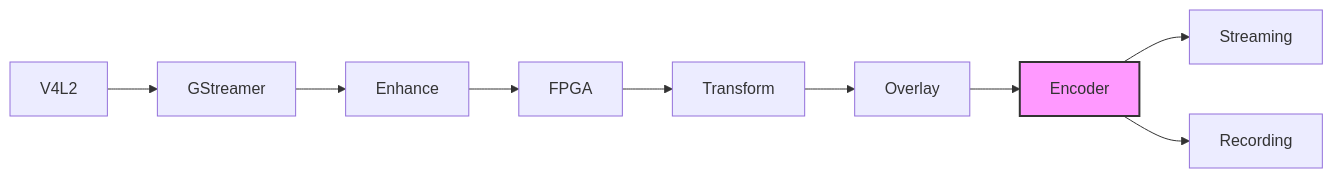
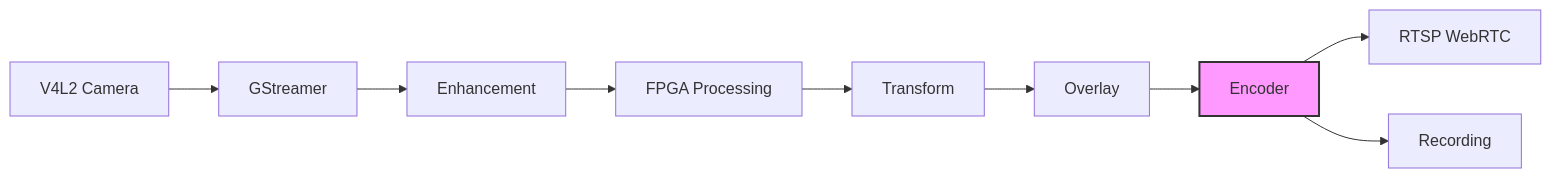
Before and after one commit to JayeshKakkad-Rotoclear/Rotoclear-C-Pro-Docs: the second of 9 diagrams in docs/architecture/overview.md, drawn with Mermaid. The commit also changed other lines of this file and 12 other files, not shown here.

Commit message:
Fix all Mermaid diagrams with proper complete labels - Fixed text bundling issues by using proper full labels - Removed overly abbreviated text that caused code formatting - All node labels now properly display without being truncated - Maintained readability while ensuring proper Mermaid parsing

````diff
--- a/docs/architecture/overview.md
+++ b/docs/architecture/overview.md
@@ -203,14 +207,14 @@
 ```mermaid
 graph LR
-    A[V4L2] --> B[GStreamer]
-    B --> C[Enhance]
-    C --> D[FPGA]
+    A[V4L2 Camera] --> B[GStreamer]
+    B --> C[Enhancement]
+    C --> D[FPGA Processing]
     D --> E[Transform]
     E --> F[Overlay]
     F --> G[Encoder]
     
-    G --> H[Streaming]
+    G --> H[RTSP WebRTC]
     G --> I[Recording]
     
     style G fill:#f9f,stroke:#333,stroke-width:2px
 ```
````
